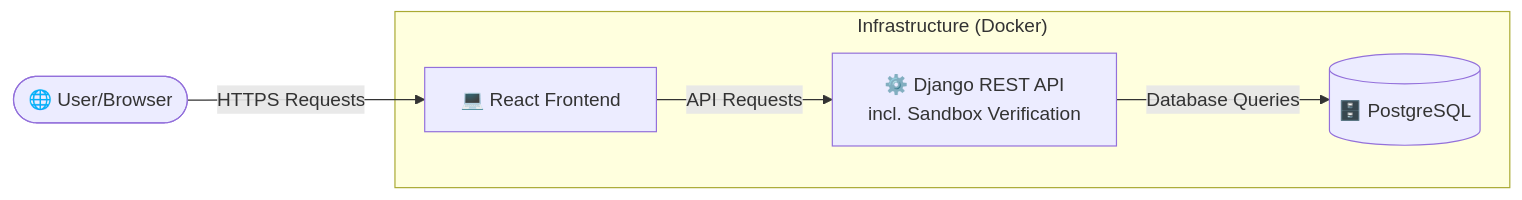
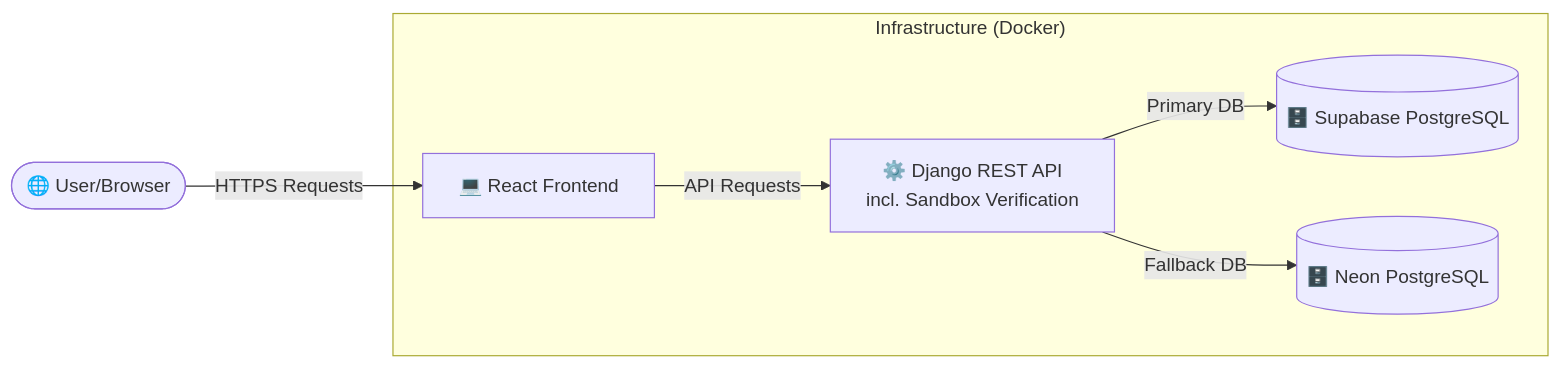
The diagram in README.md (vancyferns/Open-Source-Contribution-Atelier), drawn with Mermaid before and after one commit. The commit also changed other lines of this file and 9 other files, not shown here.

````diff
--- a/README.md
+++ b/README.md
@@ -16,9 +16,10 @@
 ```mermaid
 graph LR
     User([🌐 User/Browser]) -->|HTTPS Requests| frontend
     
     subgraph Infrastructure ["Infrastructure (Docker)"]
         frontend[💻 React Frontend] -->|API Requests| api
-        api[⚙️ Django REST API<br/>incl. Sandbox Verification] -->|Database Queries| db[(🗄️ PostgreSQL)]
+        api[⚙️ Django REST API<br/>incl. Sandbox Verification] -->|Primary DB| supabase[(🗄️ Supabase PostgreSQL)]
+        api -->|Fallback DB| neon[(🗄️ Neon PostgreSQL)]
     end
 ```
````
